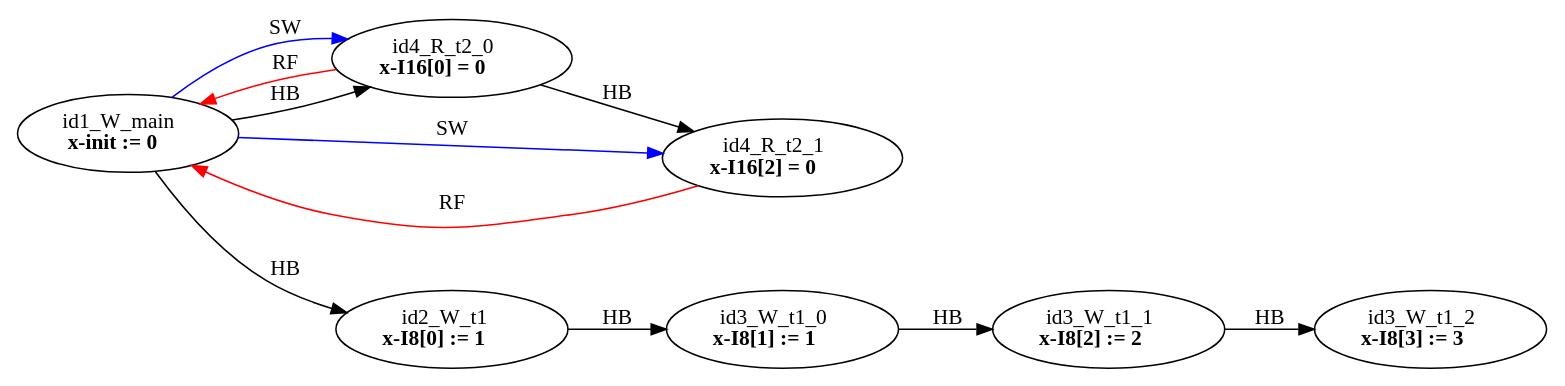
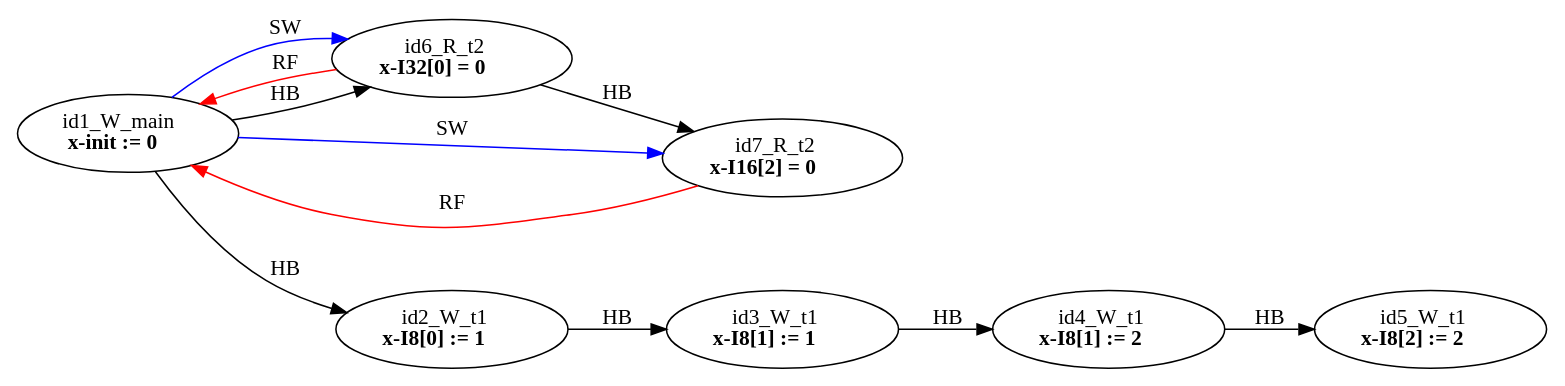
The diagram in examples/single_var/sv_simple16/mm1.dot (FMJS/EMME), drawn with Graphviz before and after one commit. The commit also changed 115 other files, not shown here.

```diff
--- a/examples/single_var/sv_simple16/mm1.dot
+++ b/examples/single_var/sv_simple16/mm1.dot
@@ -1,21 +1,21 @@
 digraph memory_model {
 rankdir=LR;
 splines=true; esep=0.5;
-id2_W_t1 -> id3_W_t1_0 [label = "HB", color="black"];
-id3_W_t1_0 -> id3_W_t1_1 [label = "HB", color="black"];
-id3_W_t1_1 -> id3_W_t1_2 [label = "HB", color="black"];
-id4_R_t2_0 -> id4_R_t2_1 [label = "HB", color="black"];
+id2_W_t1 -> id3_W_t1 [label = "HB", color="black"];
+id3_W_t1 -> id4_W_t1 [label = "HB", color="black"];
+id4_W_t1 -> id5_W_t1 [label = "HB", color="black"];
+id6_R_t2 -> id7_R_t2 [label = "HB", color="black"];
 id1_W_main -> id2_W_t1 [label = "HB", color="black"];
-id1_W_main -> id4_R_t2_0 [label = "HB", color="black"];
-id4_R_t2_0 -> id1_W_main [label = "RF", color="red"];
-id4_R_t2_1 -> id1_W_main [label = "RF", color="red"];
-id1_W_main -> id4_R_t2_0 [label = "SW", color="blue"];
-id1_W_main -> id4_R_t2_1 [label = "SW", color="blue"];
+id1_W_main -> id6_R_t2 [label = "HB", color="black"];
+id6_R_t2 -> id1_W_main [label = "RF", color="red"];
+id7_R_t2 -> id1_W_main [label = "RF", color="red"];
+id1_W_main -> id6_R_t2 [label = "SW", color="blue"];
+id1_W_main -> id7_R_t2 [label = "SW", color="blue"];
 id1_W_main [label=<id1_W_main<br/><B>x-init := 0</B>>, pos="2.5,8!"]
 id2_W_t1 [label=<id2_W_t1<br/><B>x-I8[0] := 1</B>>, pos="0,6!"]
-id3_W_t1_0 [label=<id3_W_t1_0<br/><B>x-I8[1] := 1</B>>, pos="0,4!"]
-id3_W_t1_1 [label=<id3_W_t1_1<br/><B>x-I8[2] := 2</B>>, pos="0,2!"]
-id3_W_t1_2 [label=<id3_W_t1_2<br/><B>x-I8[3] := 3</B>>, pos="0,0!"]
-id4_R_t2_0 [label=<id4_R_t2_0<br/><B>x-I16[0] = 0</B>>, pos="5,6!"]
-id4_R_t2_1 [label=<id4_R_t2_1<br/><B>x-I16[2] = 0</B>>, pos="5,4!"]
+id3_W_t1 [label=<id3_W_t1<br/><B>x-I8[1] := 1</B>>, pos="0,4!"]
+id4_W_t1 [label=<id4_W_t1<br/><B>x-I8[1] := 2</B>>, pos="0,2!"]
+id5_W_t1 [label=<id5_W_t1<br/><B>x-I8[2] := 2</B>>, pos="0,0!"]
+id6_R_t2 [label=<id6_R_t2<br/><B>x-I32[0] = 0</B>>, pos="5,6!"]
+id7_R_t2 [label=<id7_R_t2<br/><B>x-I16[2] = 0</B>>, pos="5,4!"]
 }
```
